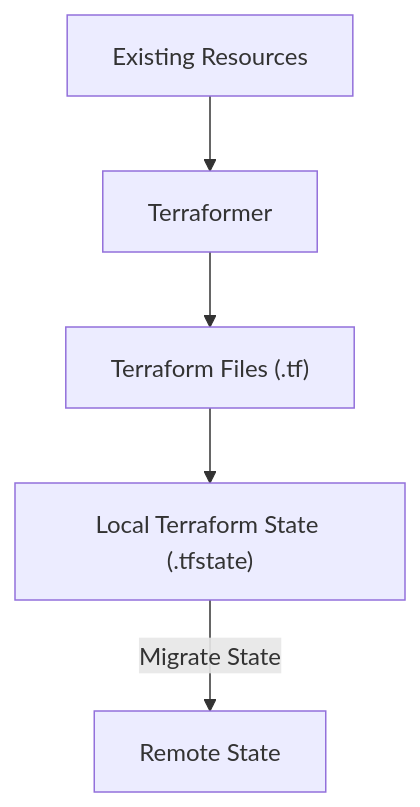
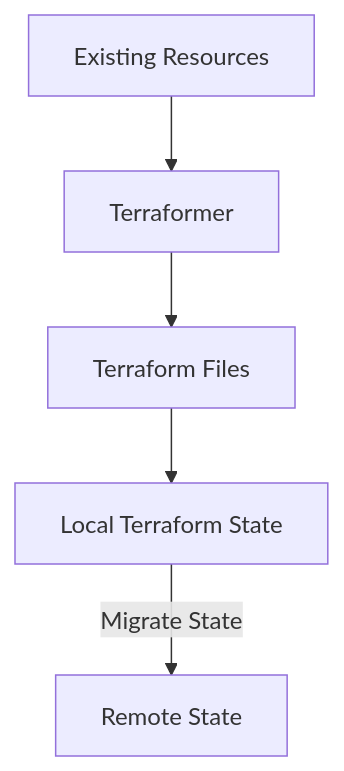
The first of 2 diagrams in blog/content/article/cagent-terraformer-rewrite.md (zloeber/blog.zacharyloeber.com), drawn with Mermaid before and after one commit.

Commit message:
fix: add cagent terraformer article

````diff
--- a/blog/content/article/cagent-terraformer-rewrite.md
+++ b/blog/content/article/cagent-terraformer-rewrite.md
@@ -29,7 +29,7 @@
 ```mermaid
 flowchart TD
     A[Existing Resources] --> B[Terraformer]
-    B --> C["Terraform Files (.tf)"]
-    C --> D["Local Terraform State (.tfstate)"]
+    B --> C["Terraform Files"]
+    C --> D["Local Terraform State"]
     D -->|Migrate State| E["Remote State"]
 ```
````
